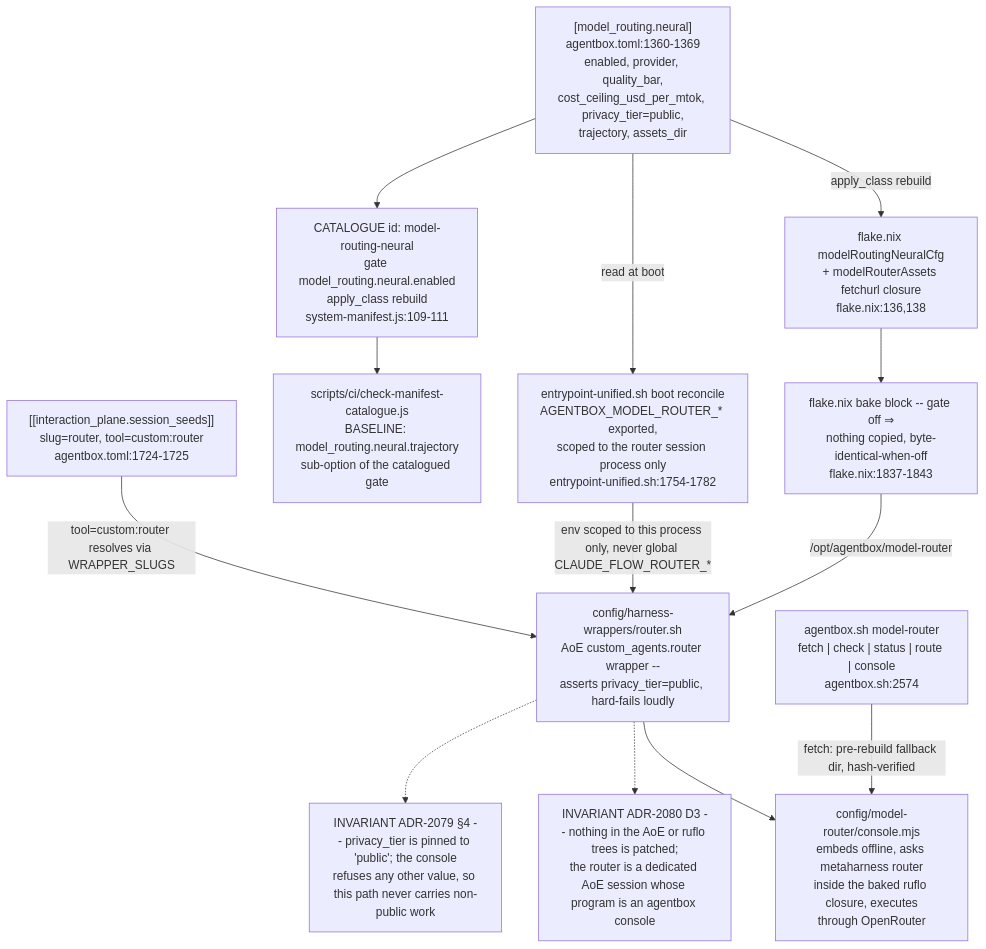
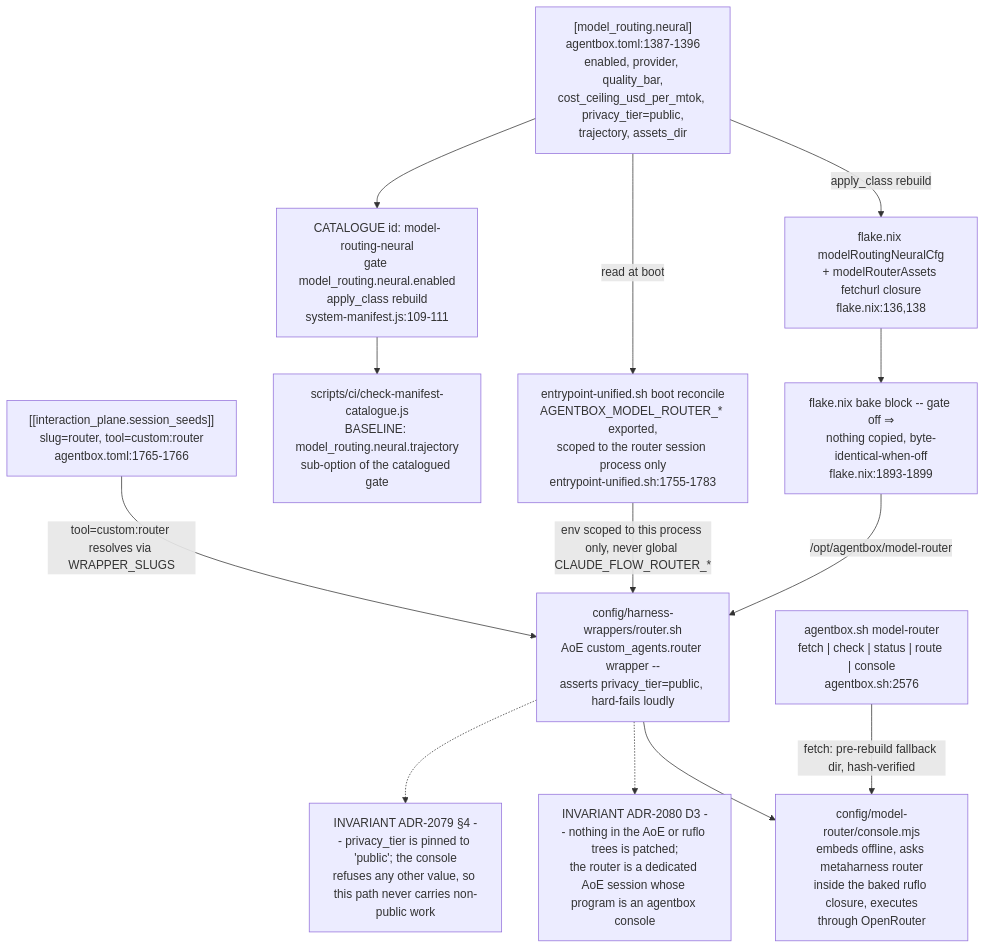
One commit to DreamLab-AI/VisionFlow changed diagram 14 of 14 in docs/diagrams/agentbox/15-capability-gating-spend-consultants.md. Above: the diagram before and after it, drawn with Mermaid. The commit also changed other lines of this file and 94 other files, not shown here.

First line of the commit message:
docs(diagrams): re-verify 130 topics against 2 October HEADs

````diff
--- a/docs/diagrams/agentbox/15-capability-gating-spend-consultants.md
+++ b/docs/diagrams/agentbox/15-capability-gating-spend-consultants.md
@@ -713,29 +713,29 @@
 ```mermaid
 flowchart TD
-    T["[model_routing.neural]<br/>agentbox.toml:1360-1369<br/>enabled, provider, quality_bar,<br/>cost_ceiling_usd_per_mtok, privacy_tier=public,<br/>trajectory, assets_dir"]
-    SEED["[[interaction_plane.session_seeds]]<br/>slug=router, tool=custom:router<br/>agentbox.toml:1724-1725"]
+    T["[model_routing.neural]<br/>agentbox.toml:1387-1396<br/>enabled, provider, quality_bar,<br/>cost_ceiling_usd_per_mtok, privacy_tier=public,<br/>trajectory, assets_dir"]
+    SEED["[[interaction_plane.session_seeds]]<br/>slug=router, tool=custom:router<br/>agentbox.toml:1765-1766"]
     CAT["CATALOGUE id: model-routing-neural<br/>gate model_routing.neural.enabled<br/>apply_class rebuild<br/>system-manifest.js:109-111"]
     NIX["flake.nix modelRoutingNeuralCfg<br/>+ modelRouterAssets fetchurl closure<br/>flake.nix:136,138"]
-    BAKE["flake.nix bake block -- gate off ⇒<br/>nothing copied, byte-identical-when-off<br/>flake.nix:1837-1843"]
-    ENTRY["entrypoint-unified.sh boot reconcile<br/>AGENTBOX_MODEL_ROUTER_* exported,<br/>scoped to the router session process only<br/>entrypoint-unified.sh:1754-1782"]
+    BAKE["flake.nix bake block -- gate off ⇒<br/>nothing copied, byte-identical-when-off<br/>flake.nix:1893-1899"]
+    ENTRY["entrypoint-unified.sh boot reconcile<br/>AGENTBOX_MODEL_ROUTER_* exported,<br/>scoped to the router session process only<br/>entrypoint-unified.sh:1755-1783"]
     WRAP["config/harness-wrappers/router.sh<br/>AoE custom_agents.router wrapper --<br/>asserts privacy_tier=public, hard-fails loudly"]
     CONSOLE["config/model-router/console.mjs<br/>embeds offline, asks metaharness router<br/>inside the baked ruflo closure, executes<br/>through OpenRouter"]
-    CLI["agentbox.sh model-router<br/>fetch #124; check #124; status #124; route #124; console<br/>agentbox.sh:2574"]
+    CLI["agentbox.sh model-router<br/>fetch #124; check #124; status #124; route #124; console<br/>agentbox.sh:2576"]
     CATCHECK["scripts/ci/check-manifest-catalogue.js<br/>BASELINE: model_routing.neural.trajectory<br/>sub-option of the catalogued gate"]
 
     T -->|"apply_class rebuild"| NIX
     NIX --> BAKE
     BAKE -->|"/opt/agentbox/model-router"| WRAP
     T -->|"read at boot"| ENTRY
     ENTRY -->|"env scoped to this process only, never global CLAUDE_FLOW_ROUTER_*"| WRAP
     SEED -->|"tool=custom:router resolves via WRAPPER_SLUGS"| WRAP
     WRAP --> CONSOLE
     CLI -->|"fetch: pre-rebuild fallback dir, hash-verified"| CONSOLE
     T --> CAT
     CAT --> CATCHECK
 
     NOTE1["INVARIANT ADR-2080 D3 -- nothing in the AoE or ruflo trees is patched;<br/>the router is a dedicated AoE session whose program is an agentbox console"]
     NOTE2["INVARIANT ADR-2079 §4 -- privacy_tier is pinned to 'public'; the console<br/>refuses any other value, so this path never carries non-public work"]
     WRAP -.-> NOTE1
     WRAP -.-> NOTE2
 ```
````
